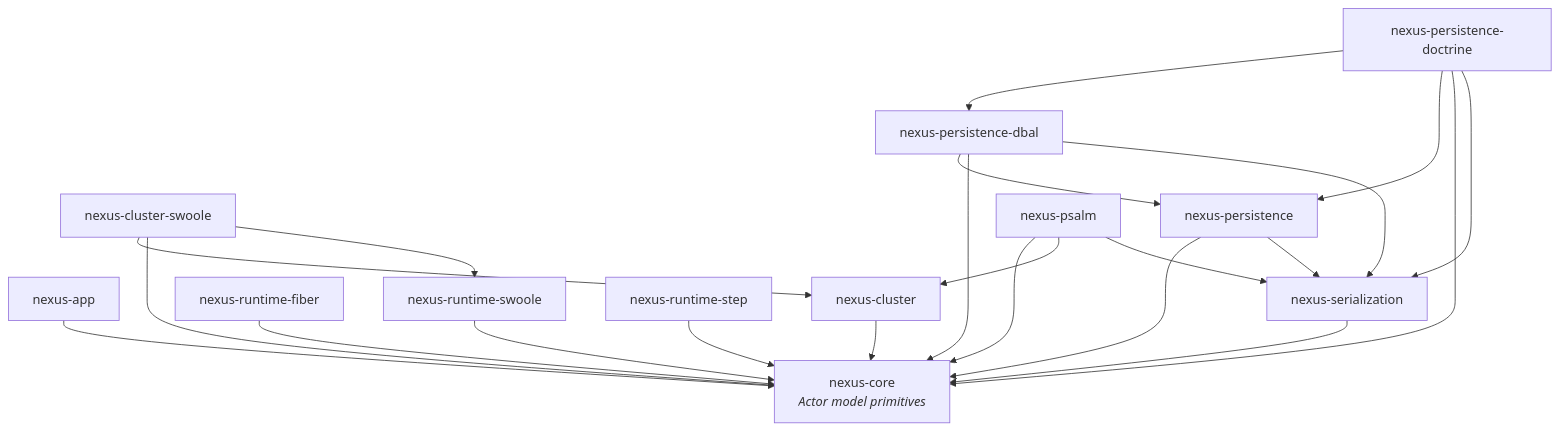
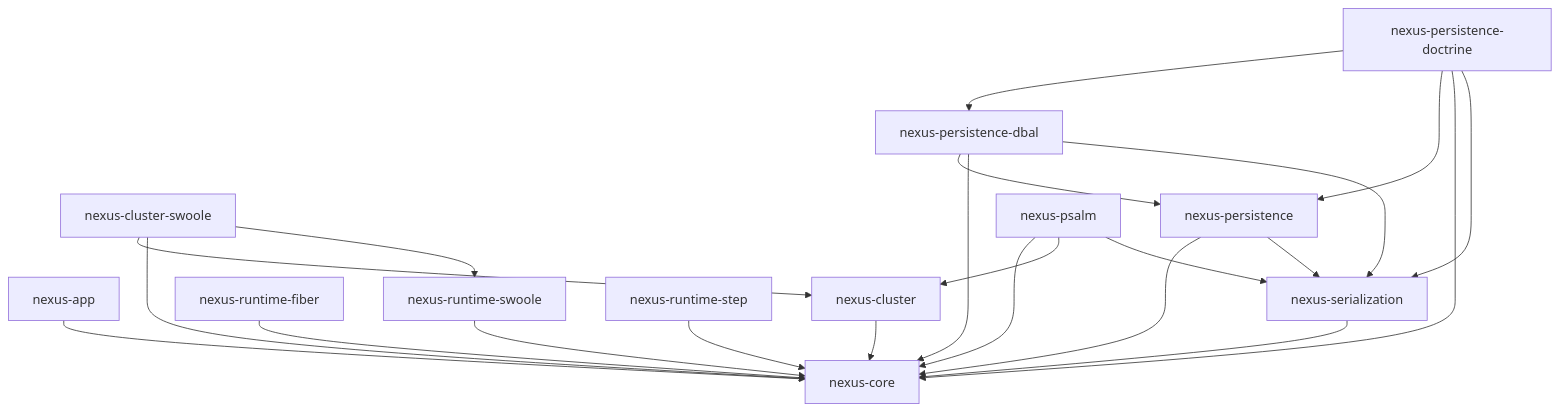
The diagram in website/docs/architecture/design-philosophy.md (nexus-actors/nexus), drawn with Mermaid before and after one commit. The commit also changed 19 other files, not shown here.

First line of the commit message:
refactor: simplify diagrams, remove benchmark viz, use Swoole 6.2.0-rc1

````diff
--- a/website/docs/architecture/design-philosophy.md
+++ b/website/docs/architecture/design-philosophy.md
@@ -137,30 +137,30 @@
 ```mermaid
 graph TD
-    Core["nexus-core<br/><i>Actor model primitives</i>"]
+    Core["nexus-core"]
 
     App["nexus-app"] --> Core
     Ser["nexus-serialization"] --> Core
 
     RF["nexus-runtime-fiber"] --> Core
     RS["nexus-runtime-swoole"] --> Core
     RSt["nexus-runtime-step"] --> Core
 
     CL["nexus-cluster"] --> Core
     CLS["nexus-cluster-swoole"] --> CL
     CLS --> Core
     CLS --> RS
 
     P["nexus-persistence"] --> Core
     P --> Ser
     PD["nexus-persistence-dbal"] --> P
     PD --> Core
     PD --> Ser
     PDo["nexus-persistence-doctrine"] --> PD
     PDo --> P
     PDo --> Core
     PDo --> Ser
 
     PS["nexus-psalm"] --> Core
     PS --> CL
     PS --> Ser
 ```
````
